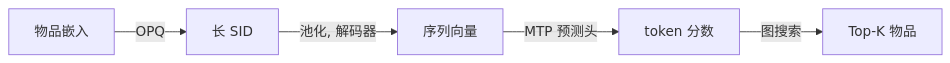
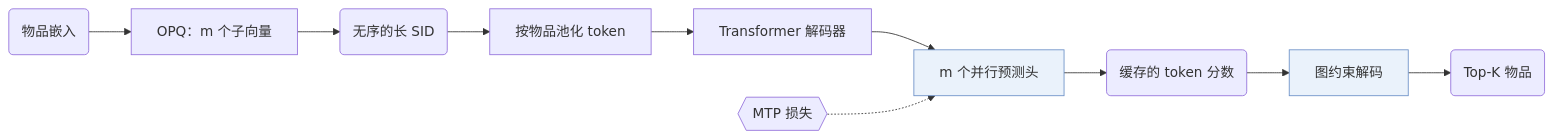
Before and after one commit to Galaxy-ghost/Awesome-SID-Generative-Rec: the first of 2 diagrams in notes/zh/rpg.md, drawn with Mermaid. The commit also changed other lines of this file and 521 other files, not shown here.

Commit message:
writer-04 part 3: algorithm diagrams with shared shape conventions, README hero and paper cards, archive removed

````diff
--- a/notes/zh/rpg.md
+++ b/notes/zh/rpg.md
@@ -16,7 +16,13 @@
 ```mermaid
 flowchart LR
-    A[物品嵌入] -->|OPQ| B[长 SID]
-    B -->|池化, 解码器| C[序列向量]
-    C -->|MTP 预测头| D[token 分数]
-    D -->|图搜索| E[Top-K 物品]
+    A("物品嵌入") --> B["OPQ：m 个子向量"]
+    B --> C("无序的长 SID")
+    C --> D["按物品池化 token"]
+    D --> E["Transformer 解码器"]
+    E --> F["m 个并行预测头"]:::key
+    L1{{"MTP 损失"}} -.-> F
+    F --> G("缓存的 token 分数")
+    G --> H["图约束解码"]:::key
+    H --> I("Top-K 物品")
+    classDef key fill:#eaf2fb,stroke:#6b8fc7
 ```
````
